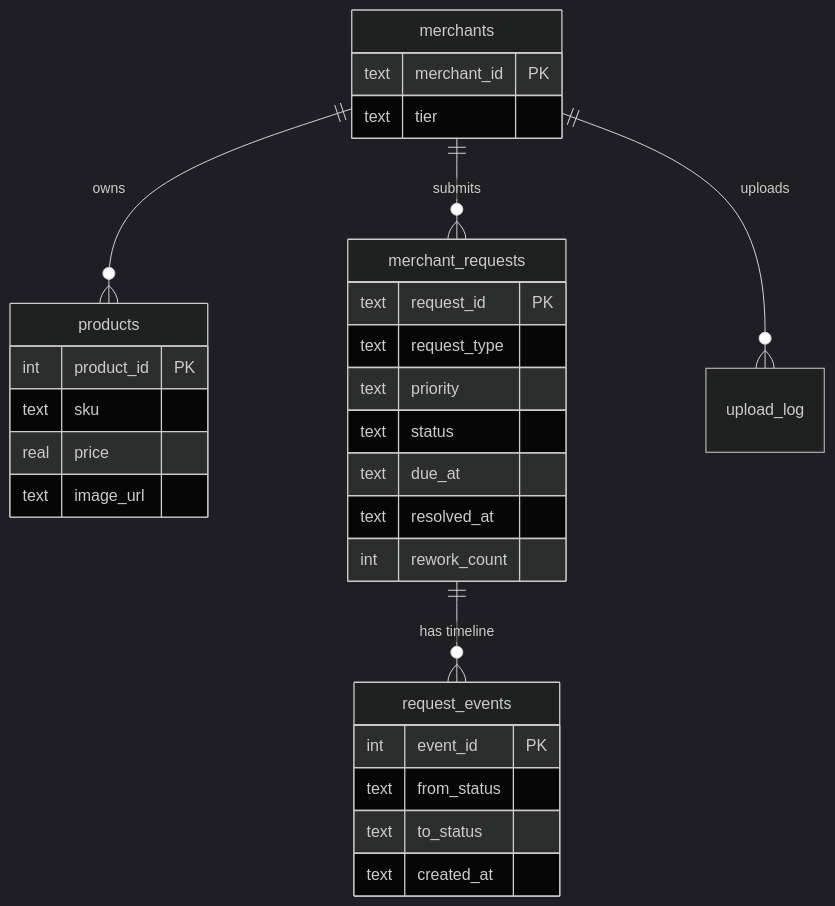
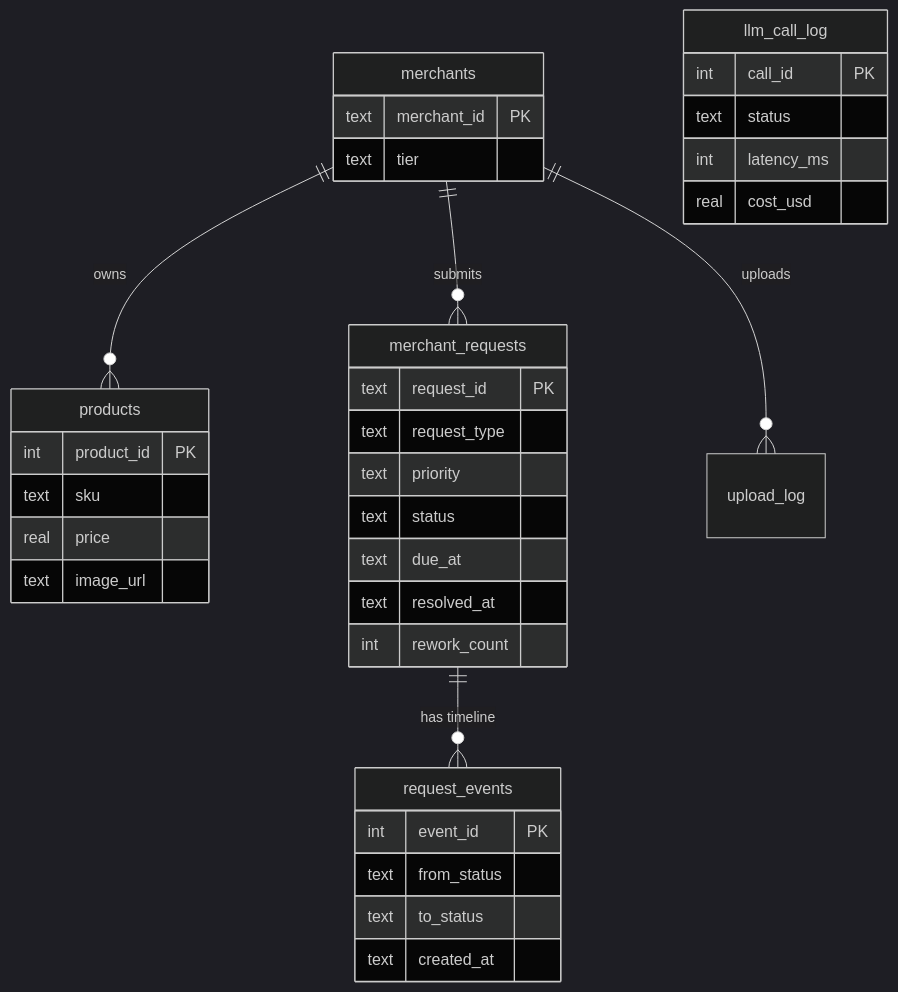
The second of 3 diagrams in docs/architecture.md (purinLee/my-project), drawn with Mermaid (dark theme) before and after one commit. The commit also changed other lines of this file and 27 other files, not shown here.

First line of the commit message:
Add LLM call/cost logging, daily cap, live verification tooling and update docs

````diff
--- a/docs/architecture.md
+++ b/docs/architecture.md
@@ -51,24 +56,28 @@
 ```mermaid
 erDiagram
     merchants ||--o{ products : owns
     merchants ||--o{ merchant_requests : submits
     merchant_requests ||--o{ request_events : "has timeline"
     merchants ||--o{ upload_log : uploads
+    llm_call_log { int call_id PK
+                   text status
+                   int latency_ms
+                   real cost_usd }
     merchants { text merchant_id PK
                 text tier }
     products { int product_id PK
                text sku
                real price
                text image_url }
     merchant_requests { text request_id PK
                         text request_type
                         text priority
                         text status
                         text due_at
                         text resolved_at
                         int rework_count }
     request_events { int event_id PK
                      text from_status
                      text to_status
                      text created_at }
 ```
````
